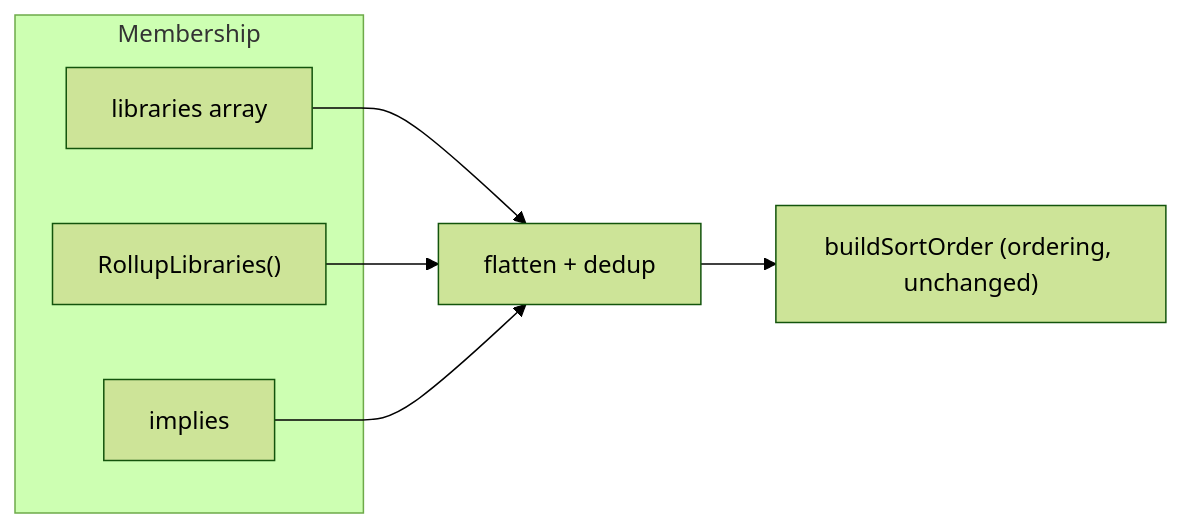
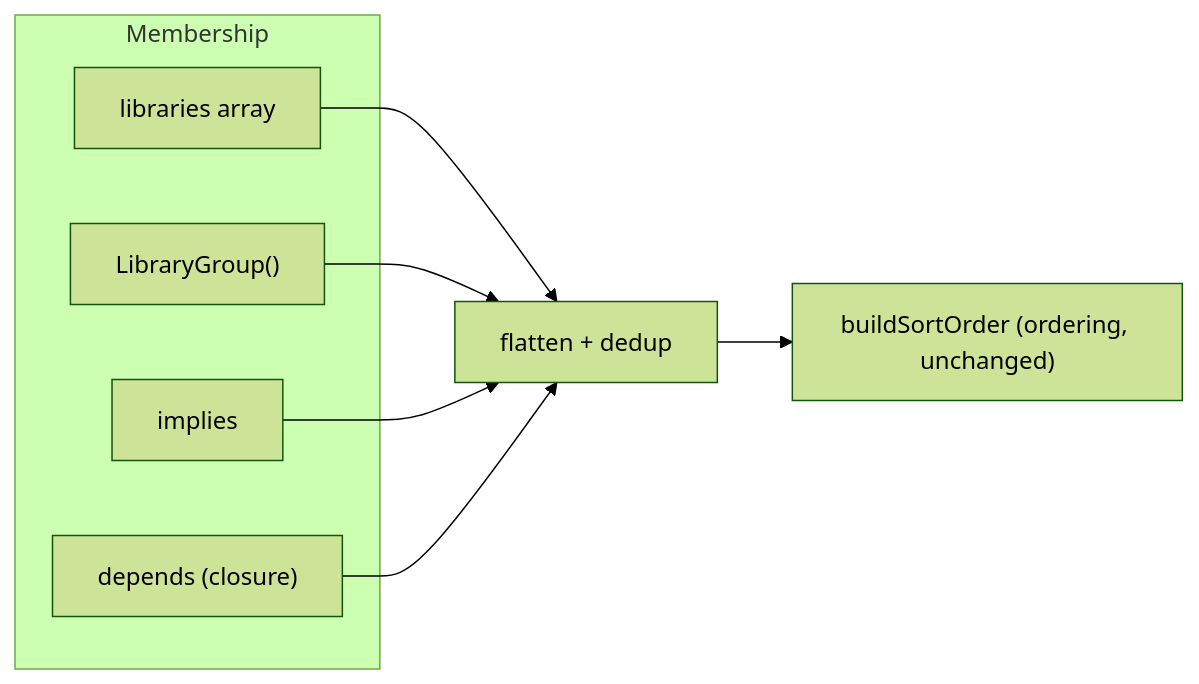
One commit to Digital-Alchemy-TS/documentation changed the first of 2 diagrams in docs/core/guides/library-composition.md. Above: the diagram before and after it, drawn with Mermaid (forest theme). The commit also changed other lines of this file and 3 other files, not shown here.

Commit message:
docs(core): library composition redesign — LibraryGroup, depends type travel, registry

````diff
--- a/docs/core/guides/library-composition.md
+++ b/docs/core/guides/library-composition.md
@@ -18,12 +18,14 @@
 ```mermaid
 graph LR
   subgraph Membership
     L["libraries array"]
-    R["RollupLibraries()"]
+    G["LibraryGroup()"]
     I["implies"]
+    D["depends (closure)"]
   end
   L --> Flatten["flatten + dedup"]
-  R --> Flatten
+  G --> Flatten
   I --> Flatten
+  D --> Flatten
   Flatten --> Sort["buildSortOrder (ordering, unchanged)"]
 ```
````
